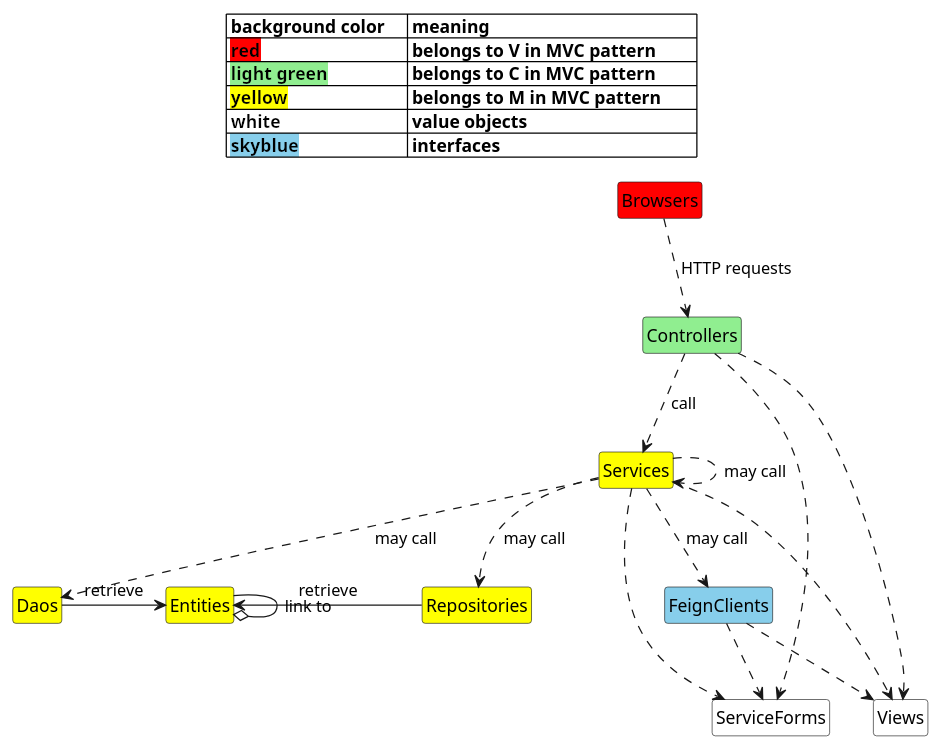
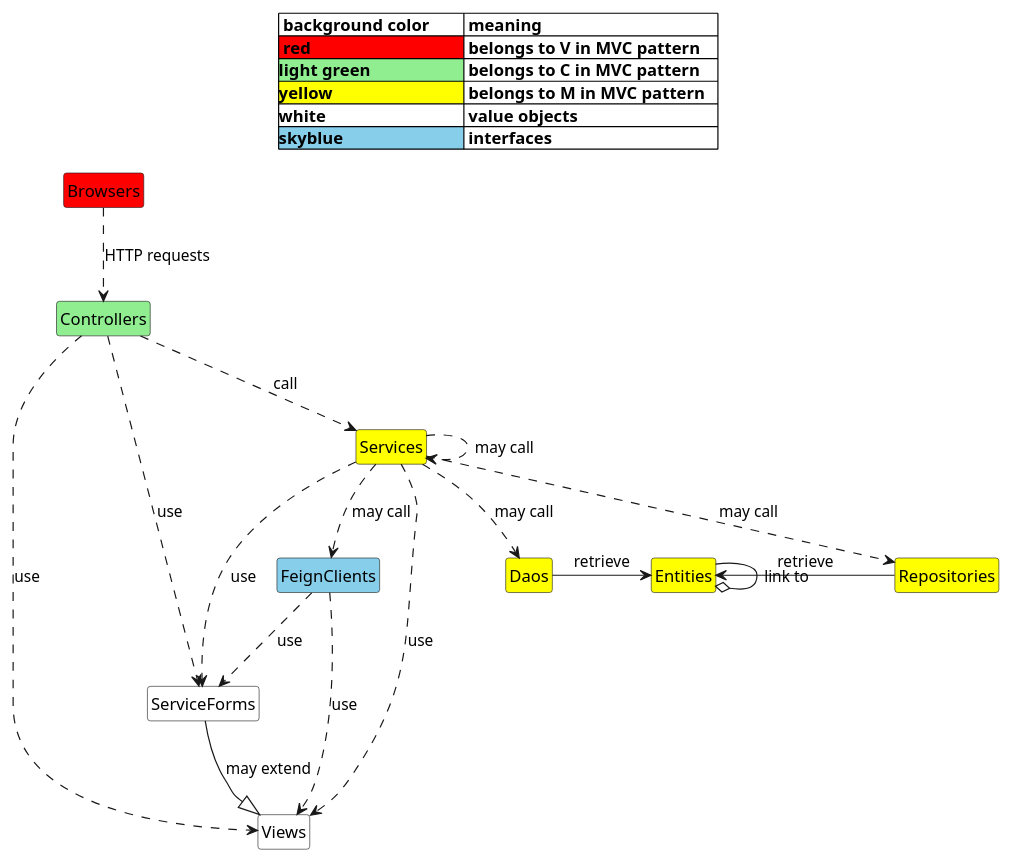
One commit to catkeeper1/msdemo-documents changed the diagram in src/main/resources/markdown/programming_guide/components_class.puml. Above: the diagram before and after it, drawn with PlantUML. The commit also changed 1 other file, not shown here.

```diff
--- a/src/main/resources/markdown/programming_guide/components_class.puml
+++ b/src/main/resources/markdown/programming_guide/components_class.puml
@@ -1,71 +1,62 @@
 @startuml
 
 hide circle
 hide empty member
 
 scale max 800 width
 
+
 title
-  |= background color     |= meaning                            |
-  | <back:red>red</back>  | belongs to V in MVC pattern         |
-  | <back:lightgreen>light green</back>  | belongs to C in MVC pattern     |
-  | <back:yellow>yellow</back>  | belongs to M in MVC pattern   |
-  | <back:white>white</back>  | value objects   |
-  | <back:skyblue>skyblue</back>  | interfaces   |
+  |= background color        |= meaning                      |
+  |<#red> red                | belongs to V in MVC pattern   |
+  |<#lightgreen>light green  | belongs to C in MVC pattern   |
+  |<#yellow>yellow           | belongs to M in MVC pattern   |
+  |<#white>white             | value objects                 |
+  |<#skyblue>skyblue         | interfaces                    |
 end title
 
 
-together {
 
   class ServiceForms  #white
   class Views         #white
-}
 
 
+class Entities  #yellow
 
-together {
-  class Browsers #red
-  class Controllers  #lightgreen
-  class Services     #yellow
-
-}
+class Browsers #red
+class Controllers  #lightgreen
+class Services     #yellow
+class Repositories  #yellow
+class Daos  #yellow
 class FeignClients #skyblue
-
-
-
-together {
-
-  class Entities  #yellow
-  class Repositories  #yellow
-  class Daos  #yellow
-}
-
-
 
 
 
 Browsers ..> Controllers : HTTP requests
 
 Controllers ..> Services : call
 Services ..> Services : may call
+Services ..> FeignClients : may call
+
+
 Services ..> Repositories : may call
 Services ..> Daos : may call
-Services ..> FeignClients : may call
+Entities <- Repositories : retrieve
+
 
 Daos -> Entities : retrieve
-Entities <- Repositories : retrieve
+
 Entities --o Entities : link to
 
-Controllers ..> Views
-Controllers ..> ServiceForms
+Controllers ..> Views : use
+Controllers ..> ServiceForms : use
 
-Services ..> Views
-Services ..> ServiceForms
+Services ..> Views : use
+Services ..> ServiceForms : use
 
-FeignClients ..> Views
-FeignClients ..> ServiceForms
+FeignClients ..> Views : use
+FeignClients ..> ServiceForms : use
 
-
-
+ServiceForms --|> Views : may extend
 
 @enduml
```
